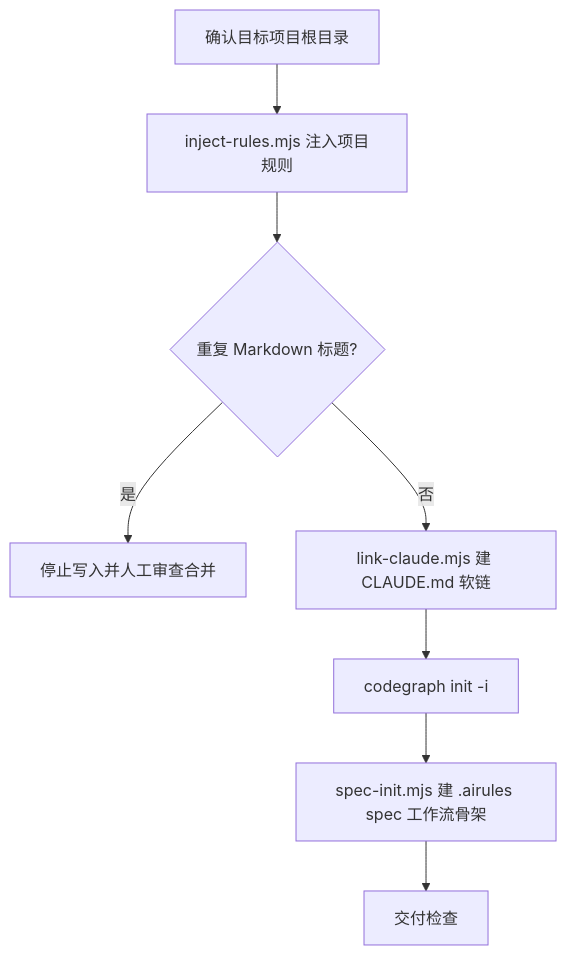
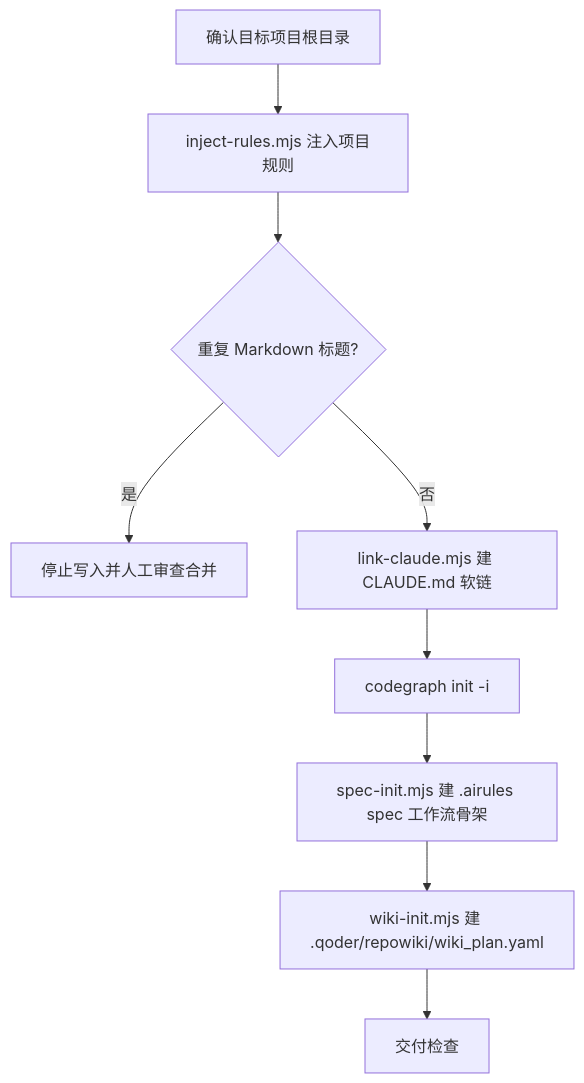
Before and after one commit to moluoxixi/AIRules: the diagram in skills/init-project/SKILL.md, drawn with Mermaid. The commit also changed other lines of this file and 1 other file, not shown here.

Commit message:
feat(init-project): 增加 Qoder wiki 配置生成脚本
在用户项目根目录下创建 .qoder/repowiki/wiki_plan.yaml 文件，确保 Qoder wiki 能够感知 .airules/knowledge/ 知识库作为背景事实源。该脚本支持幂等操作，已存在时跳过，不覆盖团队维护的配置。

````diff
--- a/skills/init-project/SKILL.md
+++ b/skills/init-project/SKILL.md
@@ -28,10 +28,11 @@
 ```mermaid
 flowchart TD
   A[确认目标项目根目录] --> B[inject-rules.mjs 注入项目规则]
   B --> C{重复 Markdown 标题?}
   C -->|是| D[停止写入并人工审查合并]
   C -->|否| E[link-claude.mjs 建 CLAUDE.md 软链]
   E --> F[codegraph init -i]
   F --> G[spec-init.mjs 建 .airules spec 工作流骨架]
-  G --> H[交付检查]
+  G --> W[wiki-init.mjs 建 .qoder/repowiki/wiki_plan.yaml]
+  W --> H[交付检查]
 ```
````
